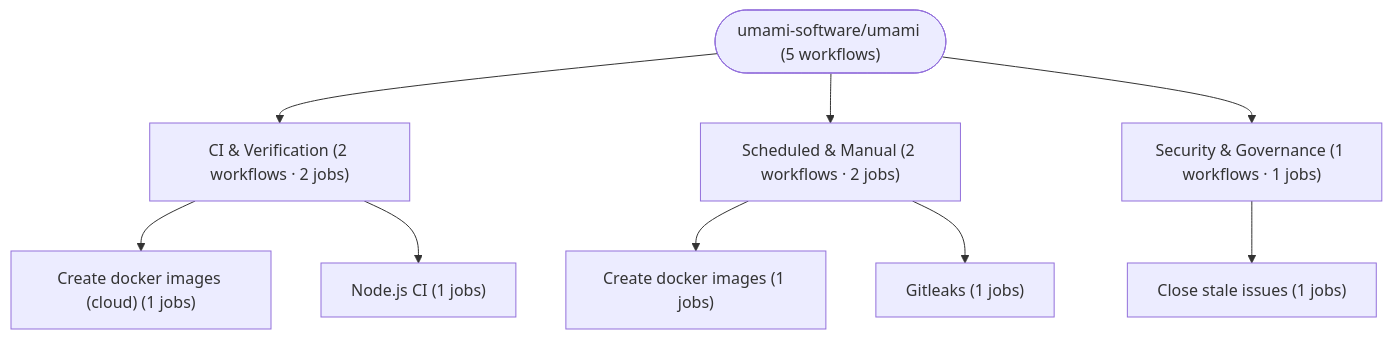
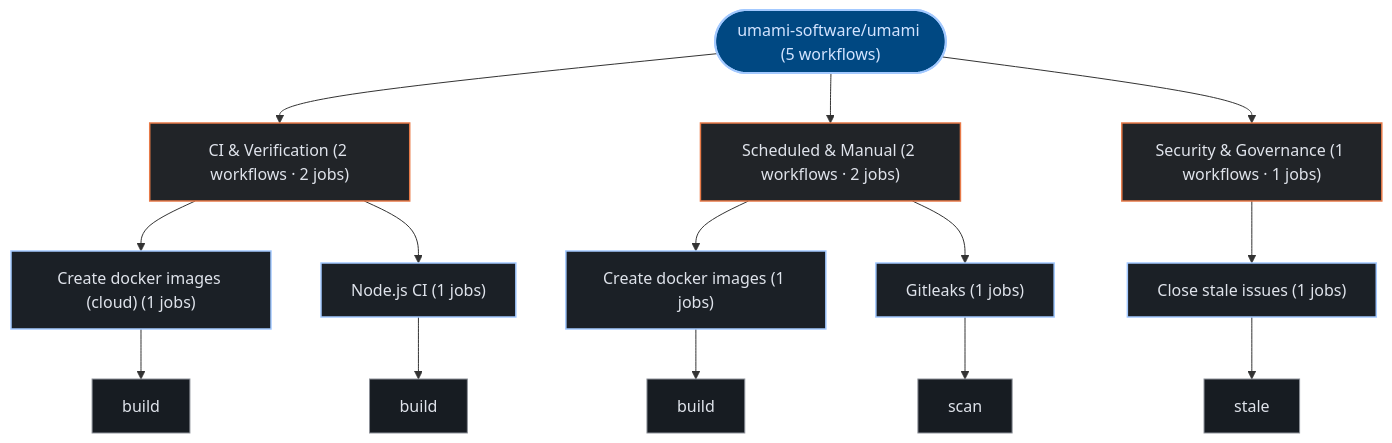
The third of 3 diagrams in exports/latest/reports/umami-software-umami-report.md (kumarshaz/atruss-code-atlas), drawn with Mermaid before and after one commit. The commit also changed other lines of this file and 331 other files, not shown here.

Commit message:
docs,ui,fix: update SDLC docs, reorder CI/CD DAG first, stylize Mermaid, and fix Arc42 pipeline topology

````diff
--- a/exports/latest/reports/umami-software-umami-report.md
+++ b/exports/latest/reports/umami-software-umami-report.md
@@ -251,20 +262,37 @@
 ```mermaid
 graph TD;
-  pipeline_root(["umami-software/umami (5 workflows)"])
-  grp_0_CI___Verification["CI & Verification (2 workflows · 2 jobs)"]
+  classDef atlasRoot fill:#004882,stroke:#a3c9ff,stroke-width:2px,color:#d3e4ff
+  classDef atlasCategory fill:#212428,stroke:#E87A48,stroke-width:1.5px,color:#dfe3eb
+  classDef atlasWorkflow fill:#1b2026,stroke:#a3c9ff,stroke-width:1.5px,color:#dfe3eb
+  classDef atlasJob fill:#171c22,stroke:#8d9199,stroke-width:1px,color:#dfe3eb
+  classDef atlasTarget fill:#005227,stroke:#8bd99b,stroke-width:1.5px,color:#a7f6b6
+  classDef atlasAlert fill:#93000a,stroke:#ffb4ab,stroke-width:1.5px,color:#ffdad6
+  classDef atlasMore fill:#252a31,stroke:#8d9199,stroke-dasharray:4 4,color:#c3c6cf
+  pipeline_root(["umami-software/umami (5 workflows)"]):::atlasRoot
+  grp_0_CI___Verification["CI & Verification (2 workflows · 2 jobs)"]:::atlasCategory
   pipeline_root --> grp_0_CI___Verification
-  wf_0_Create_docker_images__cloud_["Create docker images (cloud) (1 jobs)"]
+  wf_0_Create_docker_images__cloud_["Create docker images (cloud) (1 jobs)"]:::atlasWorkflow
   grp_0_CI___Verification --> wf_0_Create_docker_images__cloud_
-  wf_2_Node_js_CI["Node.js CI (1 jobs)"]
+  job_0_build["build"]:::atlasJob
+  wf_0_Create_docker_images__cloud_ --> job_0_build
+  wf_2_Node_js_CI["Node.js CI (1 jobs)"]:::atlasWorkflow
   grp_0_CI___Verification --> wf_2_Node_js_CI
-  grp_1_Scheduled___Manual["Scheduled & Manual (2 workflows · 2 jobs)"]
+  job_2_build["build"]:::atlasJob
+  wf_2_Node_js_CI --> job_2_build
+  grp_1_Scheduled___Manual["Scheduled & Manual (2 workflows · 2 jobs)"]:::atlasCategory
   pipeline_root --> grp_1_Scheduled___Manual
-  wf_1_Create_docker_images["Create docker images (1 jobs)"]
+  wf_1_Create_docker_images["Create docker images (1 jobs)"]:::atlasWorkflow
   grp_1_Scheduled___Manual --> wf_1_Create_docker_images
-  wf_3_Gitleaks["Gitleaks (1 jobs)"]
+  job_1_build["build"]:::atlasJob
+  wf_1_Create_docker_images --> job_1_build
+  wf_3_Gitleaks["Gitleaks (1 jobs)"]:::atlasWorkflow
   grp_1_Scheduled___Manual --> wf_3_Gitleaks
-  grp_2_Security___Governance["Security & Governance (1 workflows · 1 jobs)"]
+  job_3_scan["scan"]:::atlasJob
+  wf_3_Gitleaks --> job_3_scan
+  grp_2_Security___Governance["Security & Governance (1 workflows · 1 jobs)"]:::atlasCategory
   pipeline_root --> grp_2_Security___Governance
-  wf_4_Close_stale_issues["Close stale issues (1 jobs)"]
+  wf_4_Close_stale_issues["Close stale issues (1 jobs)"]:::atlasWorkflow
   grp_2_Security___Governance --> wf_4_Close_stale_issues
+  job_4_stale["stale"]:::atlasJob
+  wf_4_Close_stale_issues --> job_4_stale
 ```
````
